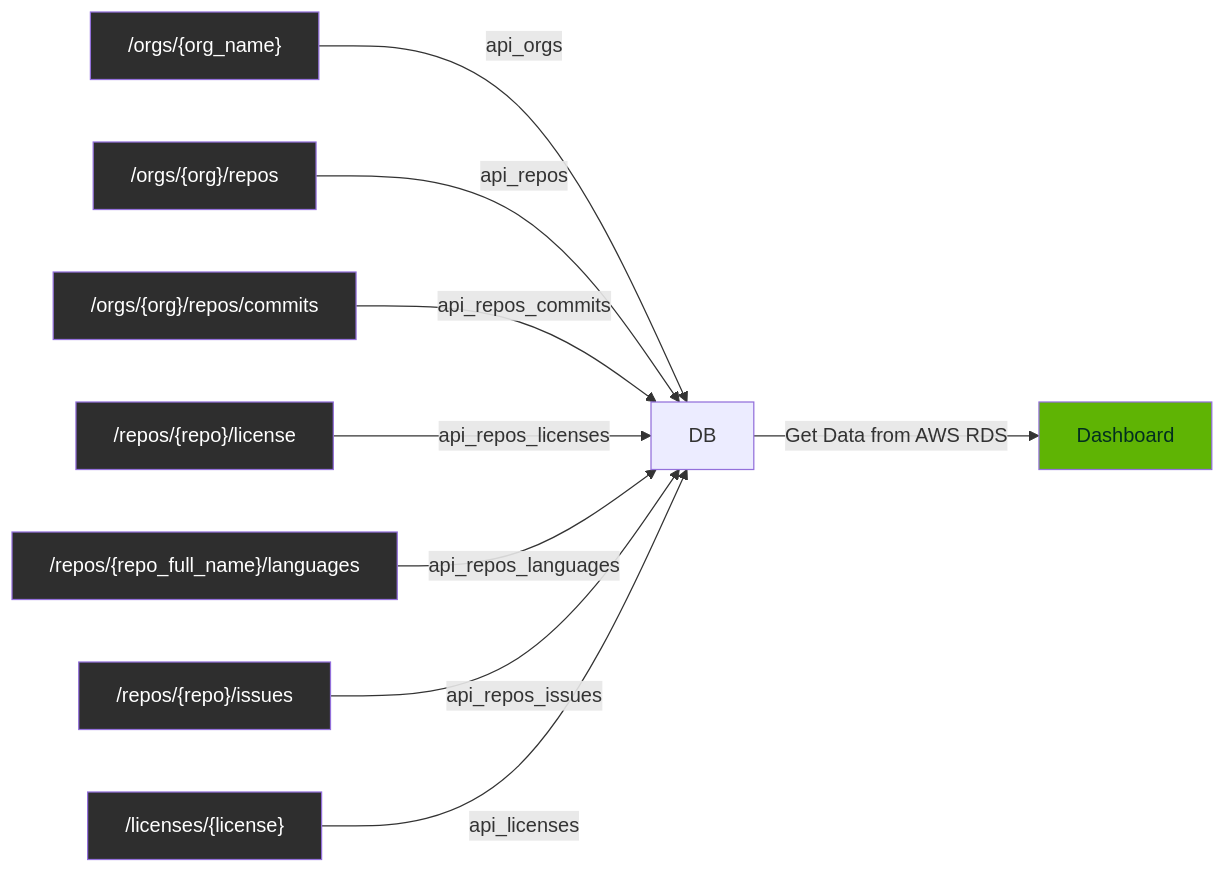
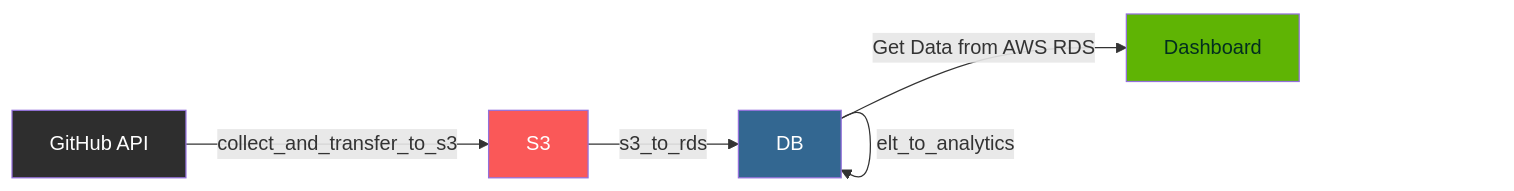
The diagram in README.md (opensource-tracker/opensource-tracker), drawn with Mermaid before and after one commit. The commit also changed other lines of this file, not shown here.

````diff
--- a/README.md
+++ b/README.md
@@ -71,14 +84,12 @@
 ```mermaid
   flowchart LR;
       classDef green color:#022e1f,fill:#5FB404;
       classDef black color:#fff,fill:#2E2E2E;
+      classDef orange color:#fff,fill:#FA5858;
+      classDef blue color:#fff,fill:#336791;
 
-      A["/orgs/{org_name}"]:::black--api_orgs-->B;
-      C["/orgs/{org}/repos"]:::black--api_repos-->B;
-      E["/orgs/{org}/repos/commits"]:::black--api_repos_commits-->B;
-      F["/repos/{repo}/license"]:::black--api_repos_licenses-->B;
-      G["/repos/{repo_full_name}/languages"]:::black--api_repos_languages-->B;
-      H["/repos/{repo}/issues"]:::black--api_repos_issues-->B;
-      I["/licenses/{license}"]:::black--api_licenses-->B;
-      B[DB]--Get Data from AWS RDS-->D[Dashboard]:::green;
+      A[GitHub API]:::black--collect_and_transfer_to_s3-->B;
+      B[S3]:::orange--s3_to_rds-->C[DB]:::blue;
+      C[DB]--elt_to_analytics-->C[DB];
+      C[DB]--Get Data from AWS RDS-->D[Dashboard]:::green;
 ```
````
